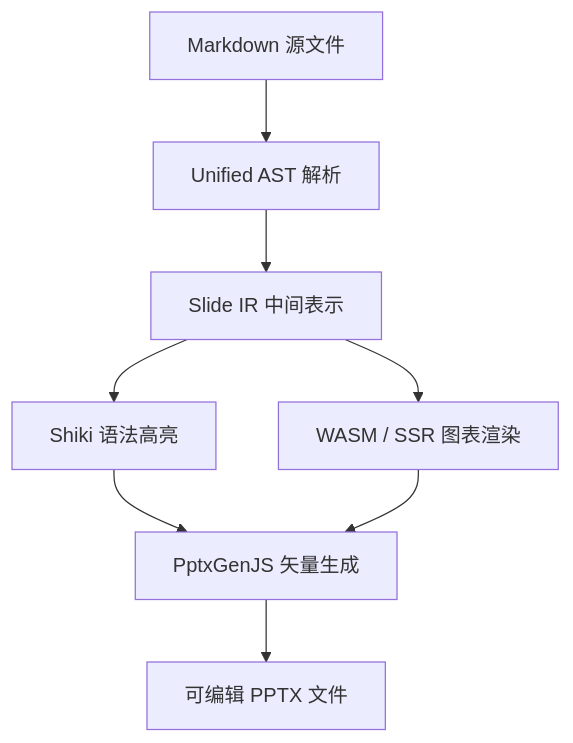
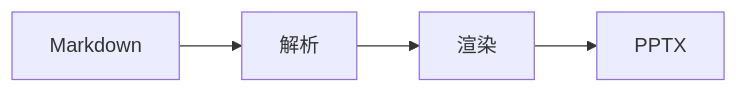
The first of 9 diagrams in showcase.md (Kyvin-Guan/markdownFly), drawn with Mermaid before and after one commit. The commit also changed other lines of this file and 2 other files, not shown here.

First line of the commit message:
docs: replace the demo markdown with one full-feature showcase

````diff
--- a/showcase.md
+++ b/showcase.md
@@ -28,10 +164,6 @@
 ```mermaid
-graph TD
-    A[Markdown 源文件] --> B[Unified AST 解析]
-    B --> C[Slide IR 中间表示]
-    C --> D[Shiki 语法高亮]
-    C --> E[WASM / SSR 图表渲染]
-    D --> F[PptxGenJS 矢量生成]
-    E --> F
-    F --> G[可编辑 PPTX 文件]
+graph LR
+    A[Markdown] --> B[解析]
+    B --> C[渲染]
+    C --> D[PPTX]
 ```
````
